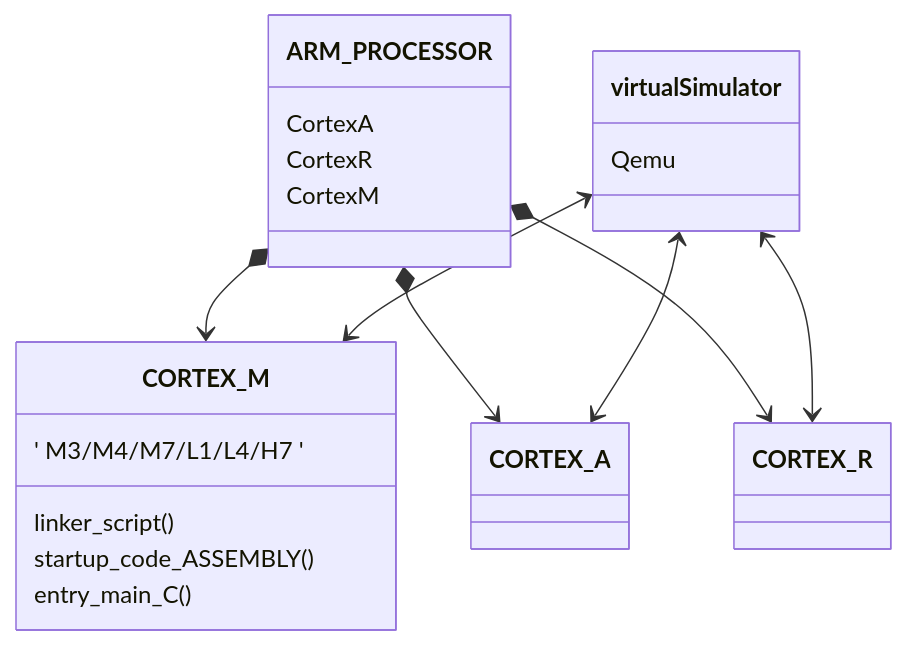
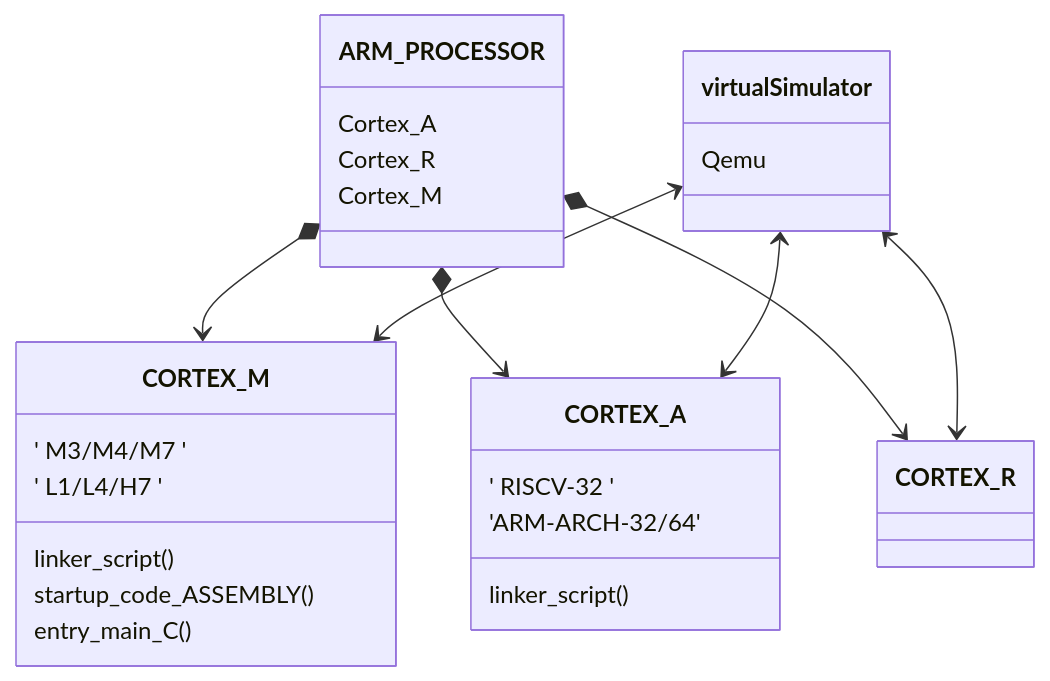
The diagram in README.md (koya-git/Cortex-A_M_Architecture), drawn with Mermaid before and after one commit.

````diff
--- a/README.md
+++ b/README.md
@@ -1,22 +1,27 @@
 ```mermaid
 classDiagram
-ARM_PROCESSOR : CortexA
-ARM_PROCESSOR : CortexR
-ARM_PROCESSOR : CortexM
+ARM_PROCESSOR : Cortex_A
+ARM_PROCESSOR : Cortex_R
+ARM_PROCESSOR : Cortex_M
 
 virtualSimulator : Qemu
 
 ARM_PROCESSOR *--> CORTEX_M
 ARM_PROCESSOR *--> CORTEX_A
 ARM_PROCESSOR *--> CORTEX_R
 
-CORTEX_M : ' M3/M4/M7/L1/L4/H7 '
+CORTEX_M : ' M3/M4/M7 '
+CORTEX_M : ' L1/L4/H7 '
 CORTEX_M : linker_script()
 CORTEX_M : startup_code_ASSEMBLY()
 CORTEX_M : entry_main_C()
+
+CORTEX_A : ' RISCV-32 '
+CORTEX_A : 'ARM-ARCH-32/64'
+CORTEX_A : linker_script()
 
 virtualSimulator <--> CORTEX_A
 virtualSimulator <--> CORTEX_R
 virtualSimulator <--> CORTEX_M
 
 ```
````
